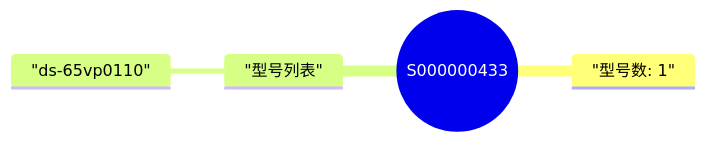
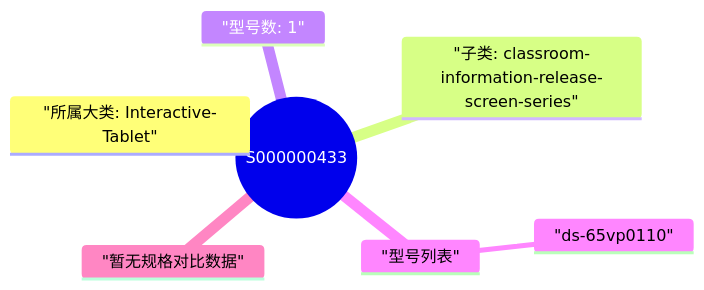
The diagram in site/mindmaps/cn-interactive-tablet-classroom-information-release-screen-series-s000000433.mmd (123321step/hikvision-product-map), drawn with Mermaid before and after one commit. The commit also changed 647 other files, not shown here.

Commit message:
Rework mindmaps around product series differences

```diff
--- a/site/mindmaps/cn-interactive-tablet-classroom-information-release-screen-series-s000000433.mmd
+++ b/site/mindmaps/cn-interactive-tablet-classroom-information-release-screen-series-s000000433.mmd
@@ -1,5 +1,8 @@
 mindmap
   root(("S000000433"))
+    "所属大类: Interactive-Tablet"
+    "子类: classroom-information-release-screen-series"
     "型号数: 1"
     "型号列表"
       "ds-65vp0110"
+    "暂无规格对比数据"
```
